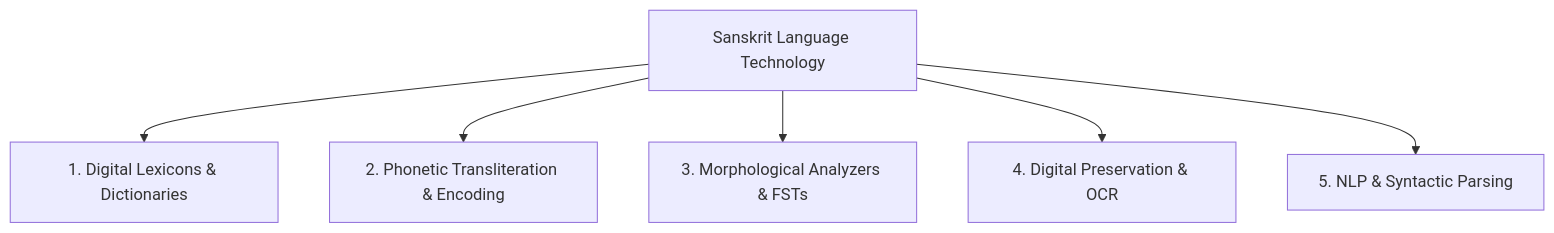
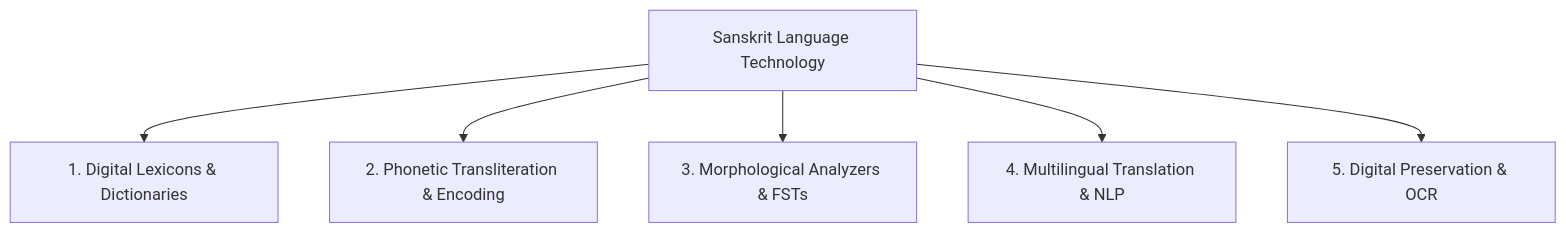
The diagram in docs/LANGUAGE_TECHNOLOGY.md (Bhandekunal16/Sanskrit-Digital-Reader), drawn with Mermaid before and after one commit. The commit also changed other lines of this file and 14 other files, not shown here.

First line of the commit message:
feat: add multilingual support and translation tool

````diff
--- a/docs/LANGUAGE_TECHNOLOGY.md
+++ b/docs/LANGUAGE_TECHNOLOGY.md
@@ -21,8 +21,8 @@
 ```mermaid
 graph TD
     A[Sanskrit Language Technology] --> B[1. Digital Lexicons & Dictionaries]
     A --> C[2. Phonetic Transliteration & Encoding]
     A --> D[3. Morphological Analyzers & FSTs]
-    A --> E[4. Digital Preservation & OCR]
-    A --> F[5. NLP & Syntactic Parsing]
+    A --> E[4. Multilingual Translation & NLP]
+    A --> F[5. Digital Preservation & OCR]
 ```
````
